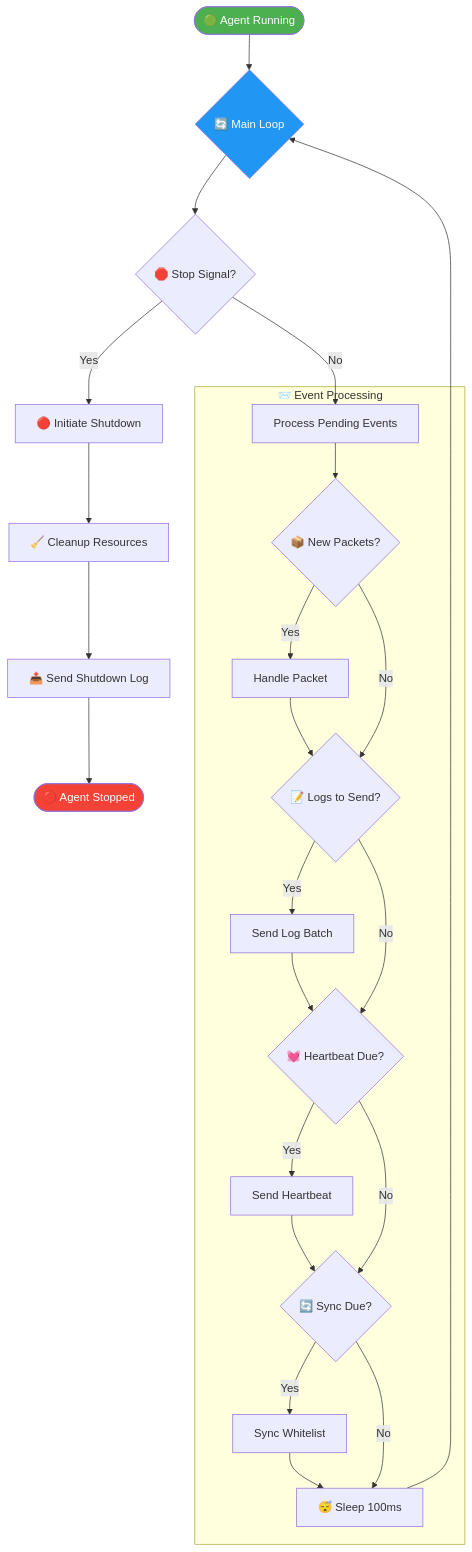
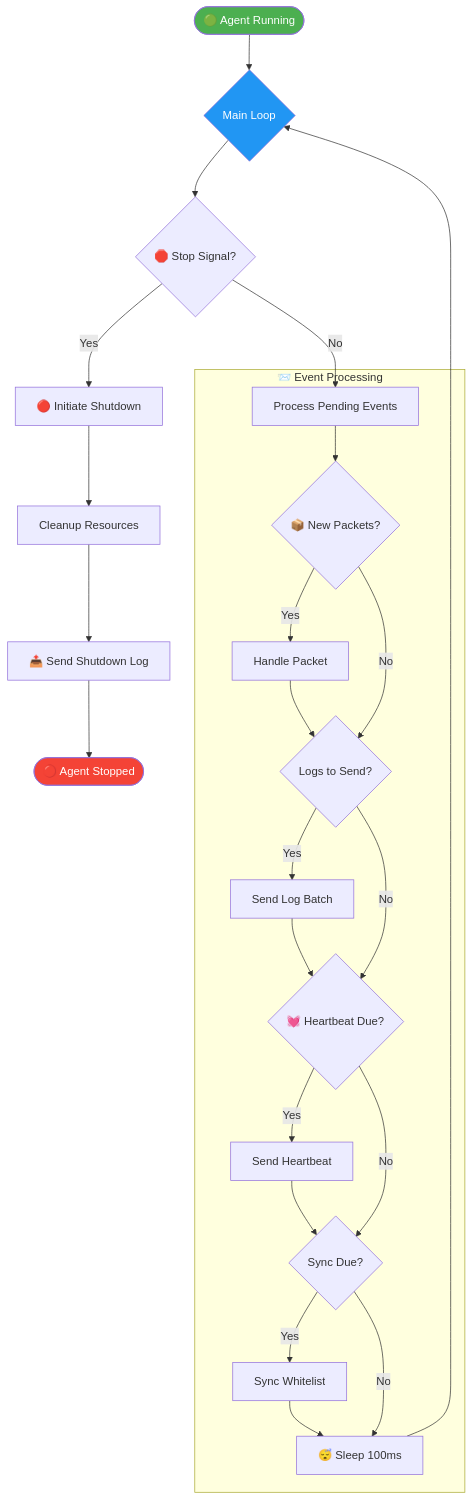
One commit to Son0ngu/Centralized_Network_Access_Control_System_for_Computer_Labs changed the third of 13 diagrams in docs/diagrams/FLOW_DIAGRAMS.md. Above: the diagram before and after it, drawn with Mermaid. The commit also changed other lines of this file and 65 other files, not shown here.

````diff
--- a/docs/diagrams/FLOW_DIAGRAMS.md
+++ b/docs/diagrams/FLOW_DIAGRAMS.md
@@ -142,39 +142,39 @@
 ```mermaid
 flowchart TD
-    RUNNING([🟢 Agent Running]) --> MAIN_LOOP{"🔄 Main Loop"}
+    RUNNING([🟢 Agent Running]) --> MAIN_LOOP{"Main Loop"}
     
     MAIN_LOOP --> CHECK_STOP{"🛑 Stop Signal?"}
     CHECK_STOP --> |Yes| SHUTDOWN["🔴 Initiate Shutdown"]
     CHECK_STOP --> |No| PROCESS_EVENTS
     
     subgraph "📨 Event Processing"
         PROCESS_EVENTS["Process Pending Events"]
         PROCESS_EVENTS --> CHECK_PACKETS{"📦 New Packets?"}
         CHECK_PACKETS --> |Yes| HANDLE_PACKET["Handle Packet"]
         CHECK_PACKETS --> |No| CHECK_LOGS
         
-        HANDLE_PACKET --> CHECK_LOGS{"📝 Logs to Send?"}
+        HANDLE_PACKET --> CHECK_LOGS{"Logs to Send?"}
         CHECK_LOGS --> |Yes| SEND_LOGS["Send Log Batch"]
         CHECK_LOGS --> |No| CHECK_HB
         
         SEND_LOGS --> CHECK_HB{"💓 Heartbeat Due?"}
         CHECK_HB --> |Yes| SEND_HB["Send Heartbeat"]
         CHECK_HB --> |No| CHECK_SYNC
         
-        SEND_HB --> CHECK_SYNC{"🔄 Sync Due?"}
+        SEND_HB --> CHECK_SYNC{"Sync Due?"}
         CHECK_SYNC --> |Yes| SYNC_WL["Sync Whitelist"]
         CHECK_SYNC --> |No| SLEEP
         
         SYNC_WL --> SLEEP["😴 Sleep 100ms"]
     end
     
     SLEEP --> MAIN_LOOP
     
-    SHUTDOWN --> CLEANUP["🧹 Cleanup Resources"]
+    SHUTDOWN --> CLEANUP["Cleanup Resources"]
     CLEANUP --> SEND_SHUTDOWN["📤 Send Shutdown Log"]
     SEND_SHUTDOWN --> STOPPED([🔴 Agent Stopped])
     
     style RUNNING fill:#4CAF50,color:#fff
     style STOPPED fill:#f44336,color:#fff
     style MAIN_LOOP fill:#2196F3,color:#fff
 ```
````
